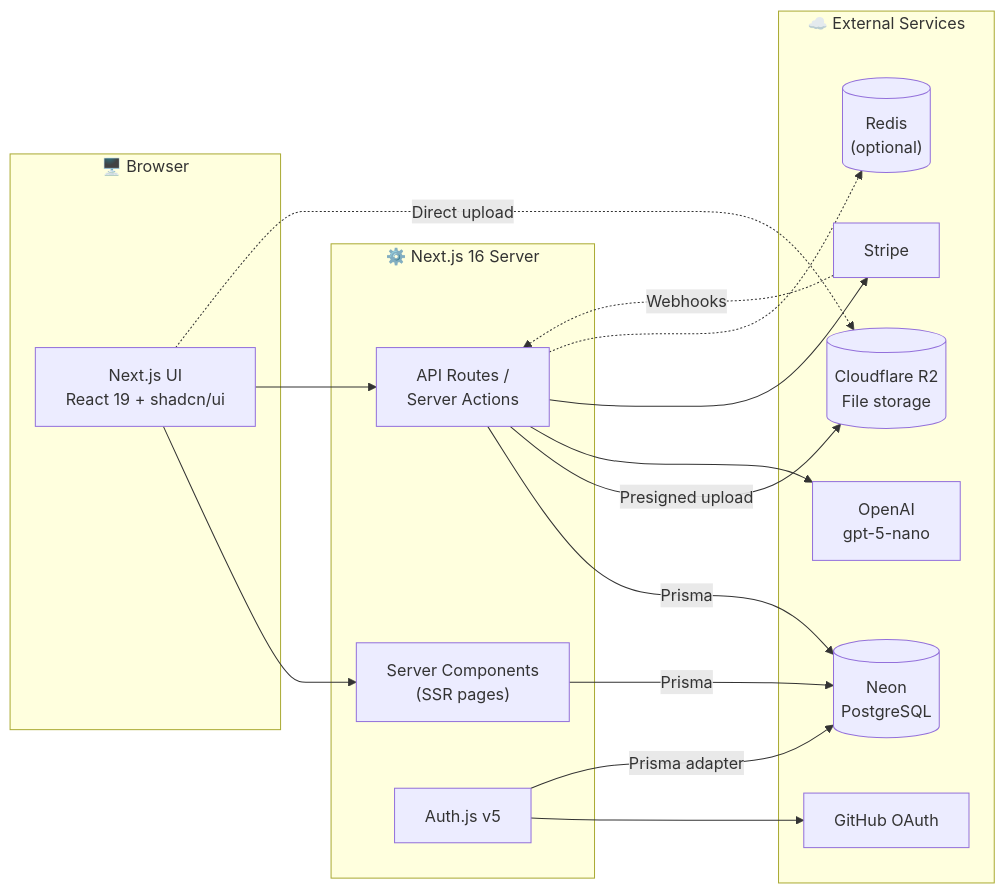
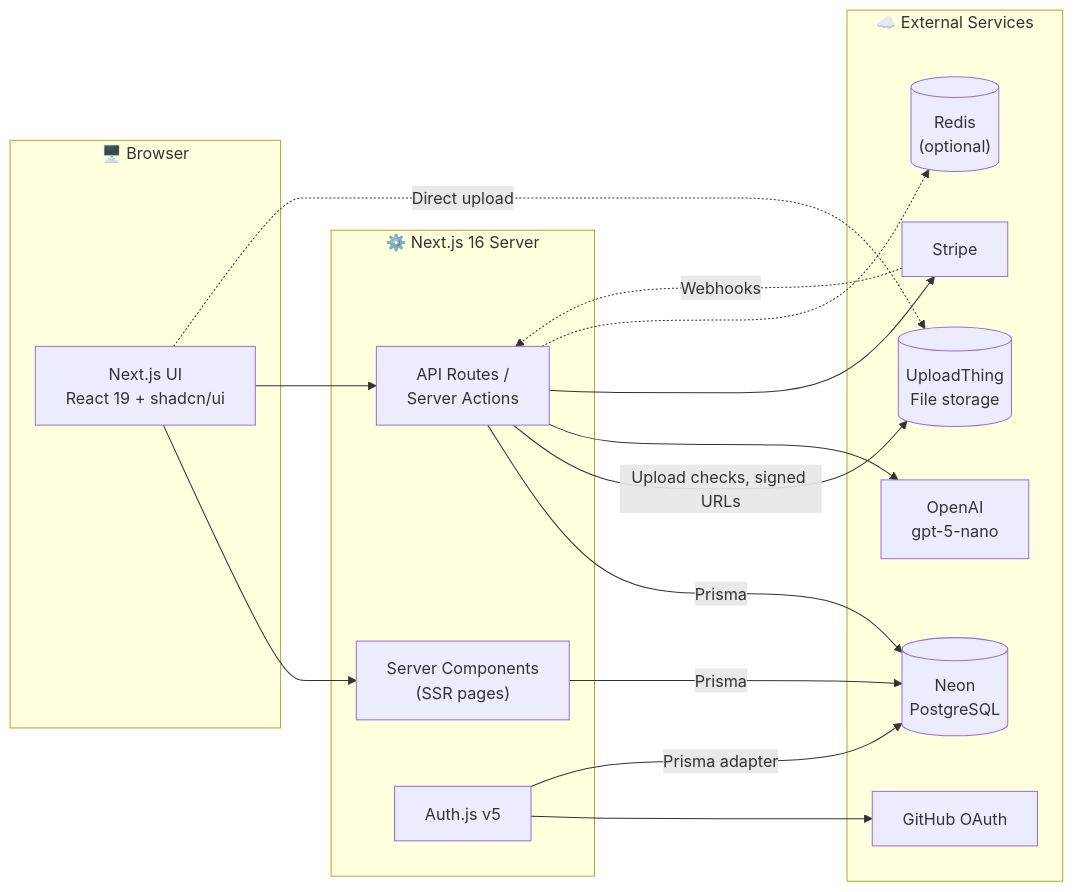
Before and after one commit to whosedreamisthis/dev-stash: the first of 4 diagrams in context/project-overview.md, drawn with Mermaid. The commit also changed other lines of this file and 13 other files, not shown here.

````diff
--- a/context/project-overview.md
+++ b/context/project-overview.md
@@ -221,34 +217,34 @@
 ```mermaid
 flowchart LR
     subgraph Client["🖥️ Browser"]
         UI["Next.js UI<br/>React 19 + shadcn/ui"]
     end
 
     subgraph Server["⚙️ Next.js 16 Server"]
         RSC["Server Components<br/>(SSR pages)"]
         API["API Routes /<br/>Server Actions"]
         AUTH["Auth.js v5"]
     end
 
     subgraph Services["☁️ External Services"]
         DB[("Neon<br/>PostgreSQL")]
-        R2[("Cloudflare R2<br/>File storage")]
+        UT[("UploadThing<br/>File storage")]
         OAI["OpenAI<br/>gpt-5-nano"]
         STRIPE["Stripe"]
         GH["GitHub OAuth"]
         REDIS[("Redis<br/>(optional)")]
     end
 
     UI --> RSC
     UI --> API
     RSC -->|Prisma| DB
     API -->|Prisma| DB
-    API -->|Presigned upload| R2
-    UI -.->|Direct upload| R2
+    API -->|Upload checks, signed URLs| UT
+    UI -.->|Direct upload| UT
     API --> OAI
     API --> STRIPE
     STRIPE -.->|Webhooks| API
     AUTH --> GH
     AUTH -->|Prisma adapter| DB
     API -.-> REDIS
 ```
````
